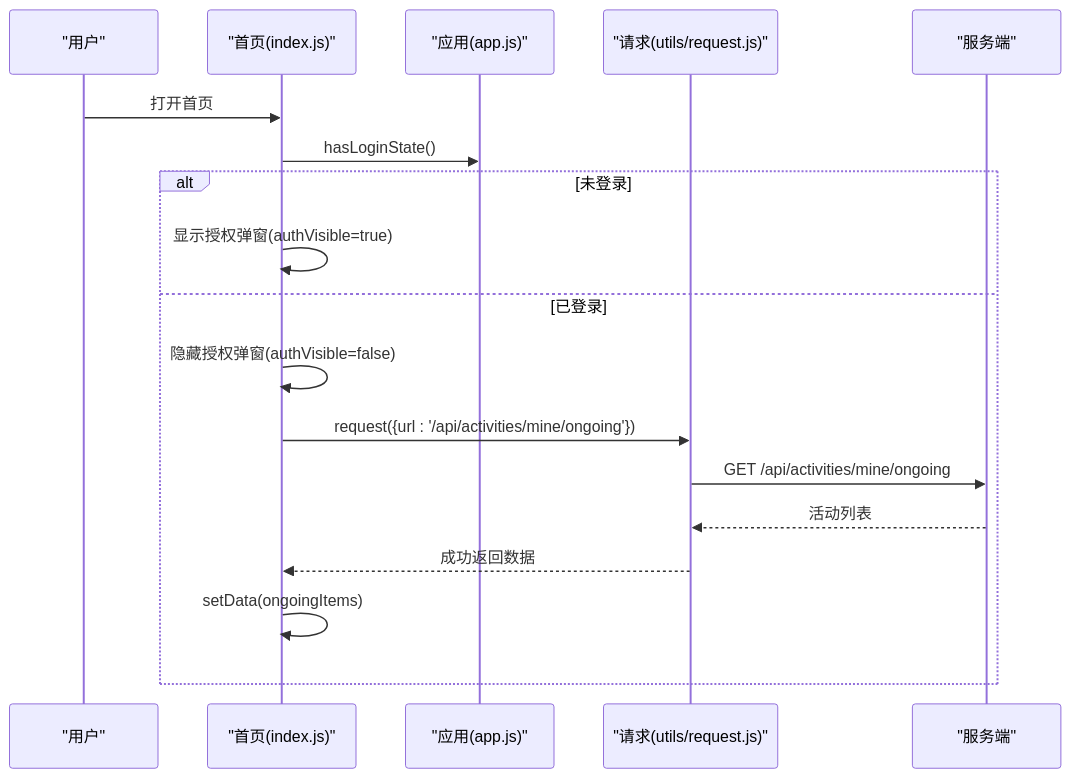
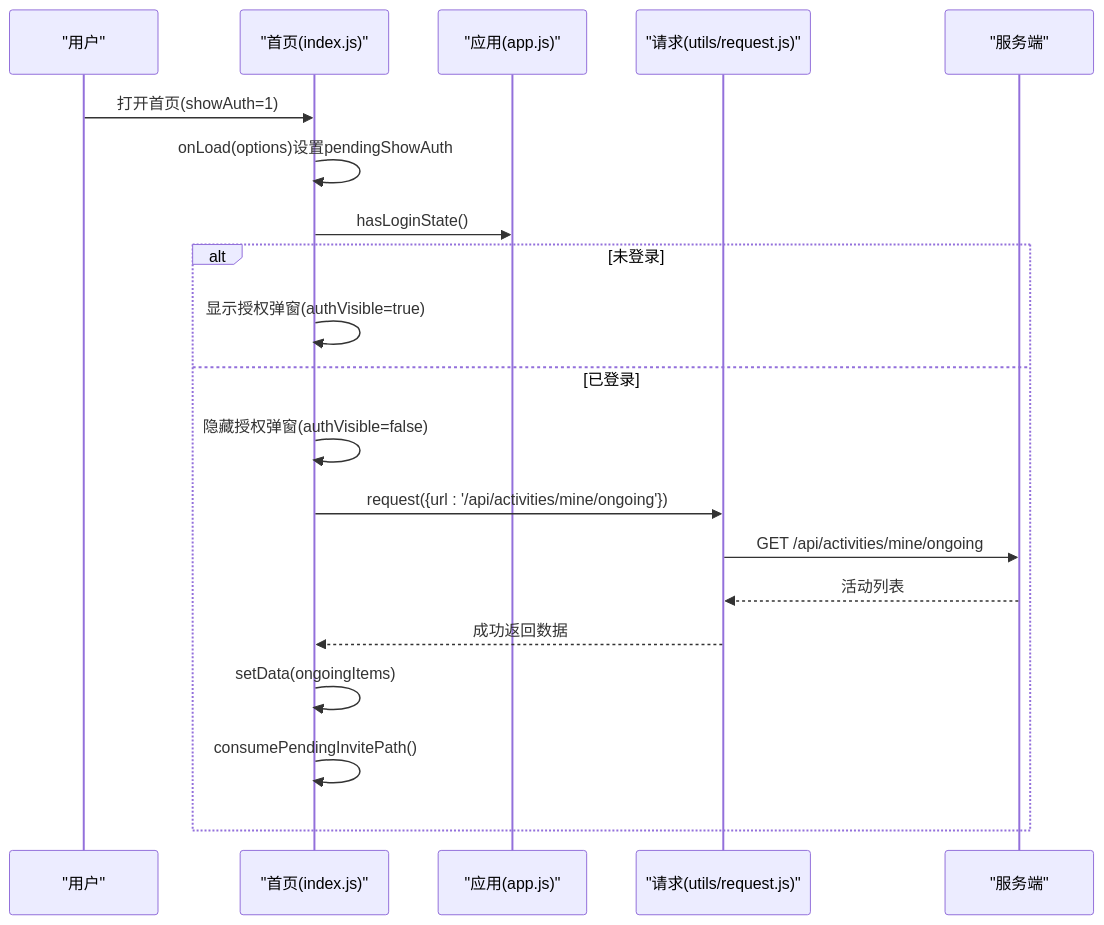
The second of 9 diagrams in .qoder/repowiki/zh/content/前端开发/页面组件开发/首页开发.md (cwxiao/zugeju), drawn with Mermaid before and after one commit. The commit also changed other lines of this file and 72 other files, not shown here.

First line of the commit message:
前端：将UI资源装饰图融入各页面，提升视觉丰富度

````diff
--- a/.qoder/repowiki/zh/content/前端开发/页面组件开发/首页开发.md
+++ b/.qoder/repowiki/zh/content/前端开发/页面组件开发/首页开发.md
@@ -95,20 +100,22 @@
 ```mermaid
 sequenceDiagram
 participant U as "用户"
 participant H as "首页(index.js)"
 participant A as "应用(app.js)"
 participant R as "请求(utils/request.js)"
 participant S as "服务端"
-U->>H : 打开首页
+U->>H : 打开首页(showAuth=1)
+H->>H : onLoad(options)设置pendingShowAuth
 H->>A : hasLoginState()
 alt 未登录
 H->>H : 显示授权弹窗(authVisible=true)
 else 已登录
 H->>H : 隐藏授权弹窗(authVisible=false)
 H->>R : request({url : '/api/activities/mine/ongoing'})
 R->>S : GET /api/activities/mine/ongoing
 S-->>R : 活动列表
 R-->>H : 成功返回数据
 H->>H : setData(ongoingItems)
+H->>H : consumePendingInvitePath()
 end
 ```
````
